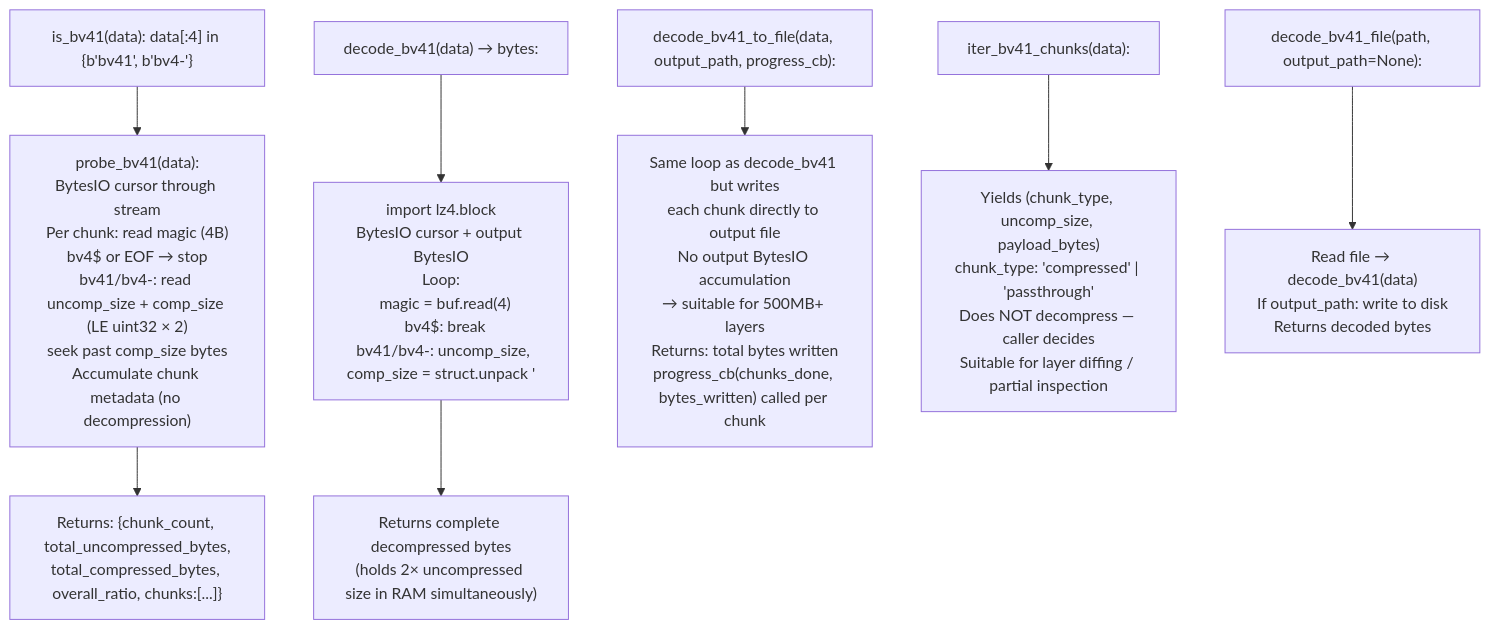
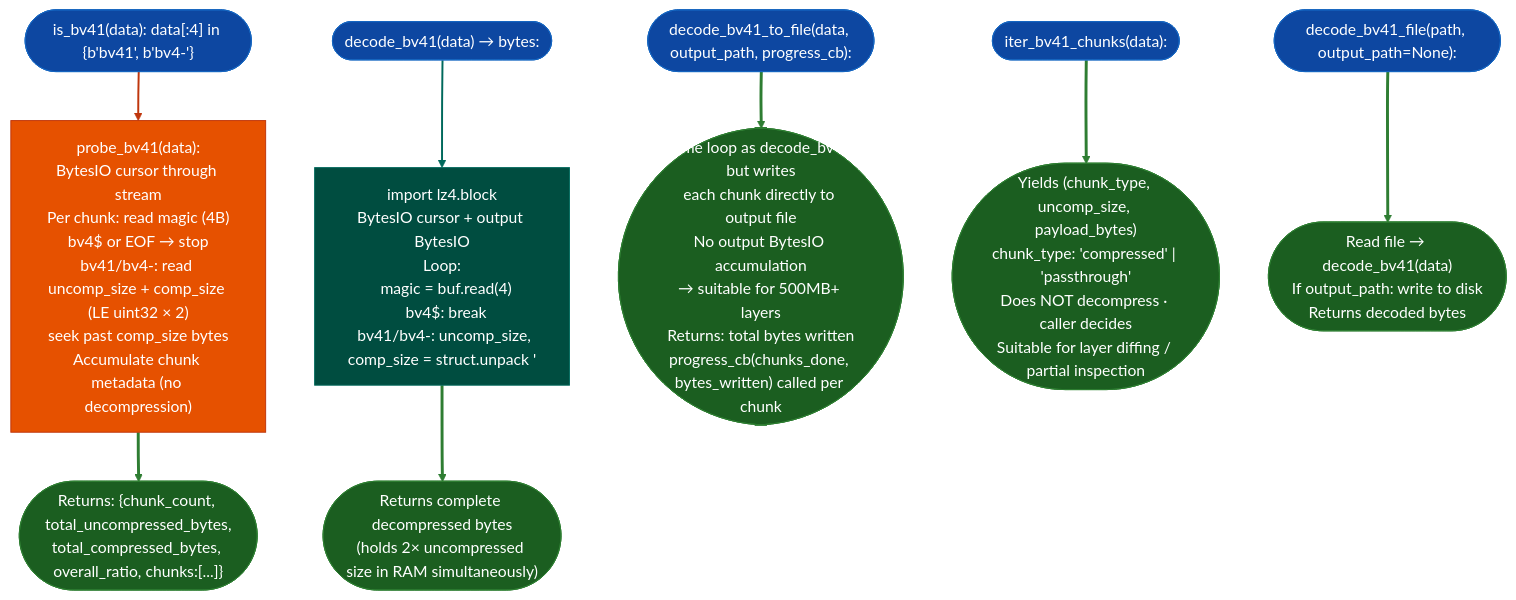
The diagram in docs/reference-modules/apple-bv41-decompression.md (Ablation-Tool/ablation), drawn with Mermaid before and after one commit. The commit also changed 320 other files, not shown here.

First line of the commit message:
docs: apply canonical Mermaid template to all 321 diagrams

````diff
--- a/docs/reference-modules/apple-bv41-decompression.md
+++ b/docs/reference-modules/apple-bv41-decompression.md
@@ -19,10 +19,23 @@
 ```mermaid
 flowchart TD
-    A["is_bv41(data): data[:4] in {b'bv41', b'bv4-'}"] --> B["probe_bv41(data):\nBytesIO cursor through stream\nPer chunk: read magic (4B)\nbv4$ or EOF → stop\nbv41/bv4-: read uncomp_size + comp_size (LE uint32 × 2)\nseek past comp_size bytes\nAccumulate chunk metadata (no decompression)"]
-    B --> C["Returns: {chunk_count, total_uncompressed_bytes,\ntotal_compressed_bytes, overall_ratio, chunks:[...]}"]
-    D["decode_bv41(data) → bytes:"] --> E["import lz4.block\nBytesIO cursor + output BytesIO\nLoop:\n  magic = buf.read(4)\n  bv4$: break\n  bv41/bv4-: uncomp_size, comp_size = struct.unpack '<II'\n  payload = buf.read(comp_size)\n  bv41: lz4block.decompress(payload, uncompressed_size=uncomp_size)\n  bv4-: payload[:uncomp_size] (verbatim passthrough)\n  Append to output BytesIO"]
-    E --> F["Returns complete decompressed bytes\n(holds 2× uncompressed size in RAM simultaneously)"]
-    G["decode_bv41_to_file(data, output_path, progress_cb):"] --> H["Same loop as decode_bv41 but writes\neach chunk directly to output file\nNo output BytesIO accumulation\n→ suitable for 500MB+ layers\nReturns: total bytes written\nprogress_cb(chunks_done, bytes_written) called per chunk"]
-    I["iter_bv41_chunks(data):"] --> J["Yields (chunk_type, uncomp_size, payload_bytes)\nchunk_type: 'compressed' | 'passthrough'\nDoes NOT decompress — caller decides\nSuitable for layer diffing / partial inspection"]
-    K["decode_bv41_file(path, output_path=None):"] --> L["Read file → decode_bv41(data)\nIf output_path: write to disk\nReturns decoded bytes"]
+    A(["is_bv41(data): data[:4] in {b'bv41', b'bv4-'}"]):::input --> B["probe_bv41(data):\nBytesIO cursor through stream\nPer chunk: read magic (4B)\nbv4$ or EOF → stop\nbv41/bv4-: read uncomp_size + comp_size (LE uint32 × 2)\nseek past comp_size bytes\nAccumulate chunk metadata (no decompression)"]:::primary
+    B:::primary --> C(["Returns: {chunk_count, total_uncompressed_bytes,\ntotal_compressed_bytes, overall_ratio, chunks:[...]}"]):::output
+    D(["decode_bv41(data) → bytes:"]):::input --> E["import lz4.block\nBytesIO cursor + output BytesIO\nLoop:\n  magic = buf.read(4)\n  bv4$: break\n  bv41/bv4-: uncomp_size, comp_size = struct.unpack '<II'\n  payload = buf.read(comp_size)\n  bv41: lz4block.decompress(payload, uncompressed_size=uncomp_size)\n  bv4-: payload[:uncomp_size] (verbatim passthrough)\n  Append to output BytesIO"]:::secondary
+    E:::secondary --> F(["Returns complete decompressed bytes\n(holds 2× uncompressed size in RAM simultaneously)"]):::output
+    G(["decode_bv41_to_file(data, output_path, progress_cb):"]):::input --> H(["Same loop as decode_bv41 but writes\neach chunk directly to output file\nNo output BytesIO accumulation\n→ suitable for 500MB+ layers\nReturns: total bytes written\nprogress_cb(chunks_done, bytes_written) called per chunk"]):::output
+    I(["iter_bv41_chunks(data):"]):::input --> J(["Yields (chunk_type, uncomp_size, payload_bytes)\nchunk_type: 'compressed' | 'passthrough'\nDoes NOT decompress · caller decides\nSuitable for layer diffing / partial inspection"]):::output
+    K(["decode_bv41_file(path, output_path=None):"]):::input --> L(["Read file → decode_bv41(data)\nIf output_path: write to disk\nReturns decoded bytes"]):::output
+    classDef input     fill:#0d47a1,stroke:#1565c0,color:#fff
+    classDef primary   fill:#e65100,stroke:#bf360c,color:#fff
+    classDef secondary fill:#004d40,stroke:#00695c,color:#fff
+    classDef tertiary  fill:#4a148c,stroke:#6a1b9a,color:#fff
+    classDef neutral   fill:#37474f,stroke:#546e7a,color:#fff
+    classDef output    fill:#1b5e20,stroke:#2e7d32,color:#fff
+    linkStyle 0 stroke:#bf360c,stroke-width:2px
+    linkStyle 1 stroke:#2e7d32,stroke-width:3px
+    linkStyle 2 stroke:#00695c,stroke-width:2px
+    linkStyle 3 stroke:#2e7d32,stroke-width:3px
+    linkStyle 4 stroke:#2e7d32,stroke-width:3px
+    linkStyle 5 stroke:#2e7d32,stroke-width:3px
+    linkStyle 6 stroke:#2e7d32,stroke-width:3px
 ```
````
